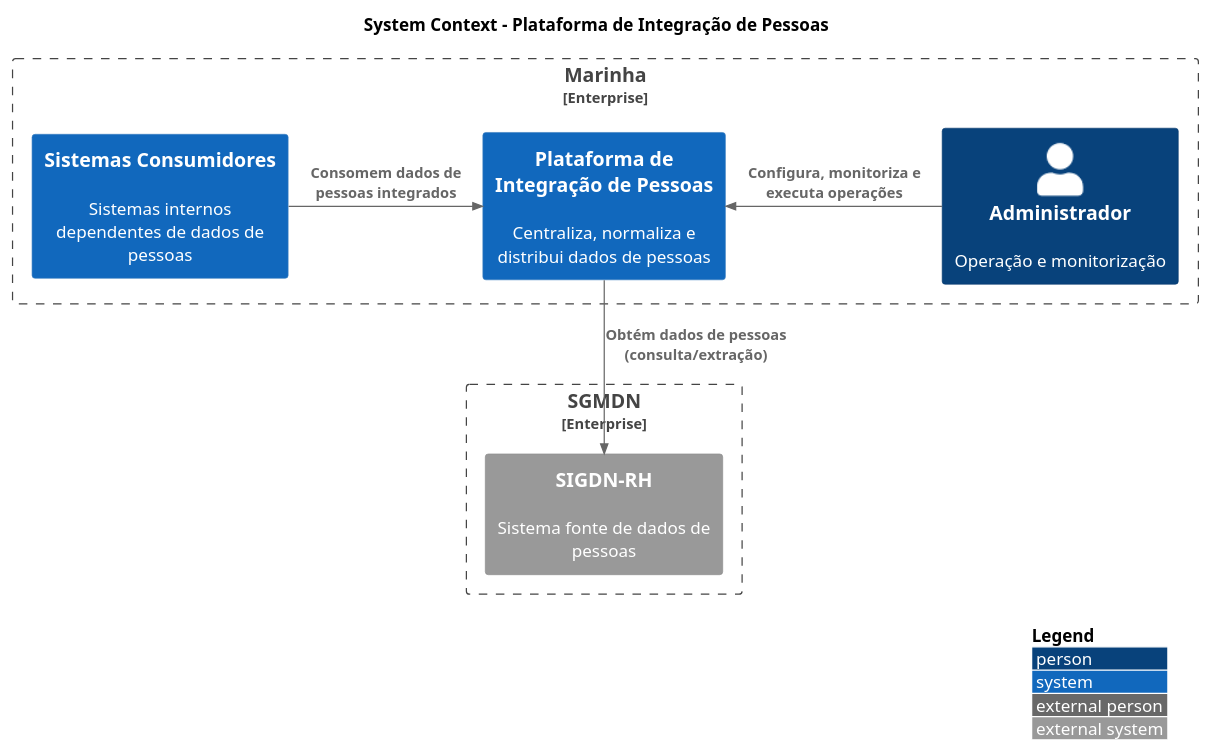
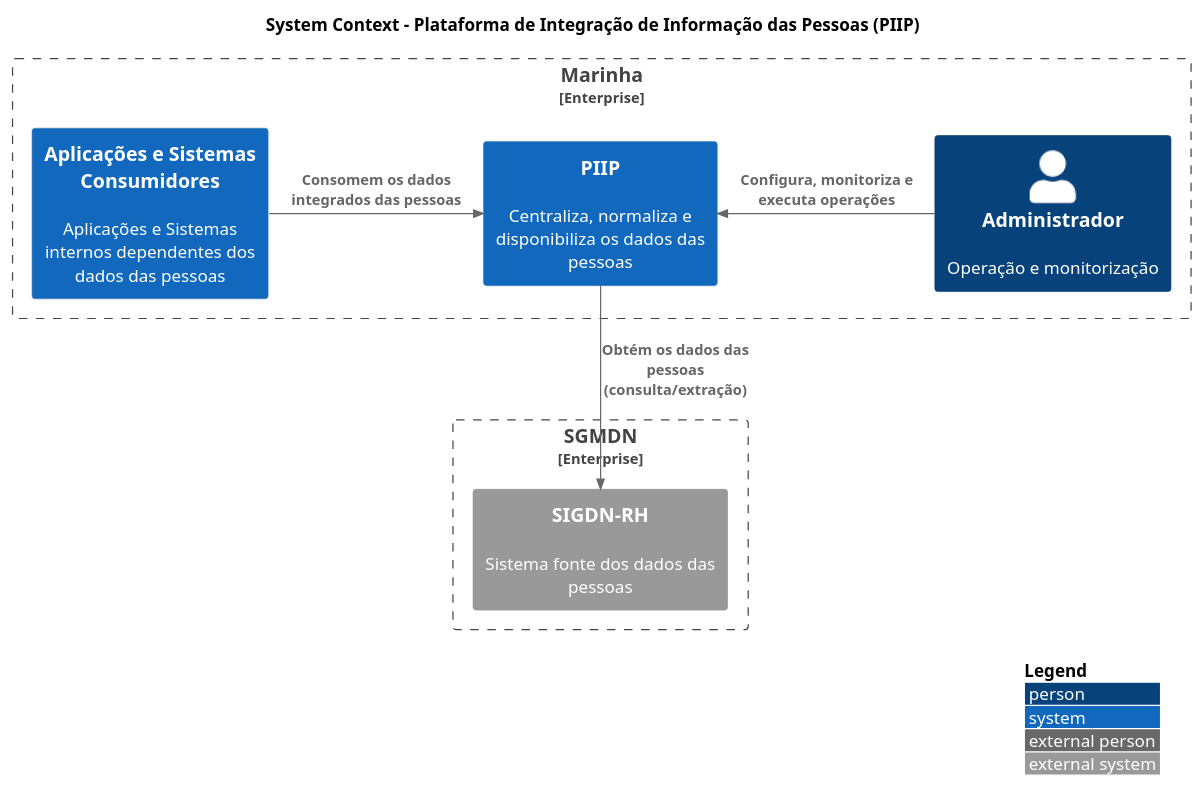
One commit to Raimundo82/pessoas-integracao changed the diagram in docs/c4/system-context.md. Above: the diagram before and after it, drawn with PlantUML. The commit also changed 1 other file, not shown here.

Commit message:
docs: update c4 context (#430)
## Checklist

- [x] Branch name follows **Conventional Branch**
- [x] PR titles and Commit messages follow **Conventional Commits**

````diff
--- a/docs/c4/system-context.md
+++ b/docs/c4/system-context.md
@@ -3,21 +3,21 @@
 ```plantuml
 @startuml system-context-pessoas-integracao
 !include https://raw.githubusercontent.com/plantuml-stdlib/C4-PlantUML/master/C4_Context.puml
 
 LAYOUT_WITH_LEGEND()
 
-title System Context - Plataforma de Integração de Pessoas
+title System Context - Plataforma de Integração de Informação das Pessoas (PIIP)
 
 Enterprise_Boundary(marinha, "Marinha") {
     Person(admin, "Administrador", "Operação e monitorização")
-    System(pessoas_integracao, "Plataforma de Integração de Pessoas", "Centraliza, normaliza e distribui dados de pessoas")
-    System(consumidores, "Sistemas Consumidores", "Sistemas internos dependentes de dados de pessoas")
+    System(pessoas_integracao, "PIIP", "Centraliza, normaliza e disponibiliza os dados das pessoas")
+    System(consumidores, "Aplicações e Sistemas Consumidores", "Aplicações e Sistemas internos dependentes dos dados das pessoas")
 }
 Enterprise_Boundary(sgmdn, "SGMDN") {
-    System_Ext(sigdn_rh, "SIGDN-RH", "Sistema fonte de dados de pessoas")
+    System_Ext(sigdn_rh, "SIGDN-RH", "Sistema fonte dos dados das pessoas")
 }
 Rel_L(admin, pessoas_integracao,"Configura, monitoriza e executa operações")
-Rel_R(consumidores, pessoas_integracao, "Consomem dados de pessoas integrados")
-Rel(pessoas_integracao, sigdn_rh, "Obtém dados de pessoas (consulta/extração)")
+Rel_R(consumidores, pessoas_integracao, "Consomem os dados integrados das pessoas")
+Rel(pessoas_integracao, sigdn_rh, "Obtém os dados das pessoas (consulta/extração)")
 @enduml
 ```
````
